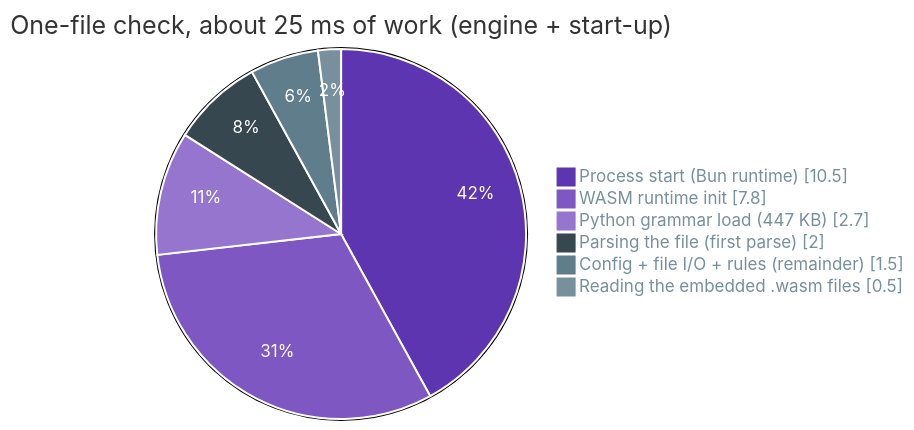
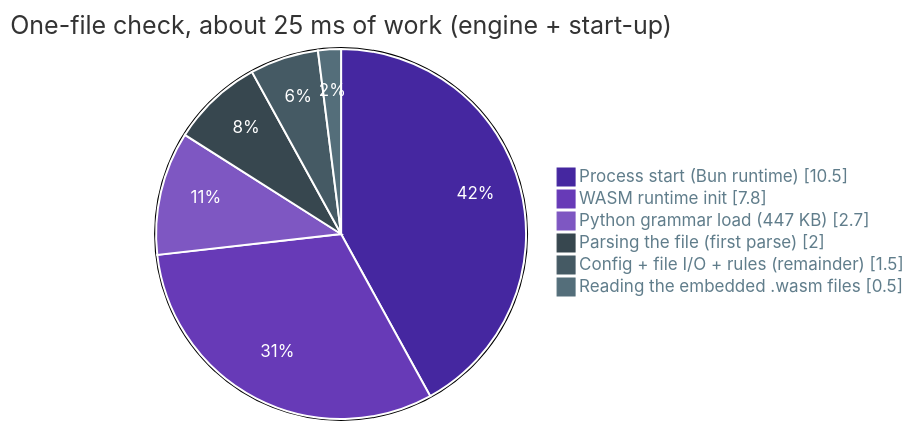
The diagram in docs/chapters/06-Constraints-and-Quality.md (SirCypkowskyy/inwards), drawn with Mermaid before and after one commit. The commit also changed 4 other files, not shown here.

````diff
--- a/docs/chapters/06-Constraints-and-Quality.md
+++ b/docs/chapters/06-Constraints-and-Quality.md
@@ -93,25 +93,25 @@
 ```mermaid
 ---
 config:
   theme: base
   themeVariables:
     pieSectionTextColor: "#ffffff"
-    pieLegendTextColor: "#78909c"
+    pieLegendTextColor: "#607d8b"
     pieStrokeColor: "#ffffff"
     pieOpacity: "1"
-    pie1: "#5e35b1"
-    pie2: "#7e57c2"
-    pie3: "#9575cd"
+    pie1: "#4527a0"
+    pie2: "#673ab7"
+    pie3: "#7e57c2"
     pie4: "#37474f"
-    pie5: "#607d8b"
-    pie6: "#78909c"
+    pie5: "#455a64"
+    pie6: "#546e7a"
 ---
 pie showData
     title One-file check, about 25 ms of work (engine + start-up)
     "Process start (Bun runtime)" : 10.5
     "WASM runtime init" : 7.8
     "Python grammar load (447 KB)" : 2.7
     "Parsing the file (first parse)" : 2
     "Config + file I/O + rules (remainder)" : 1.5
     "Reading the embedded .wasm files" : 0.5
 ```
````
